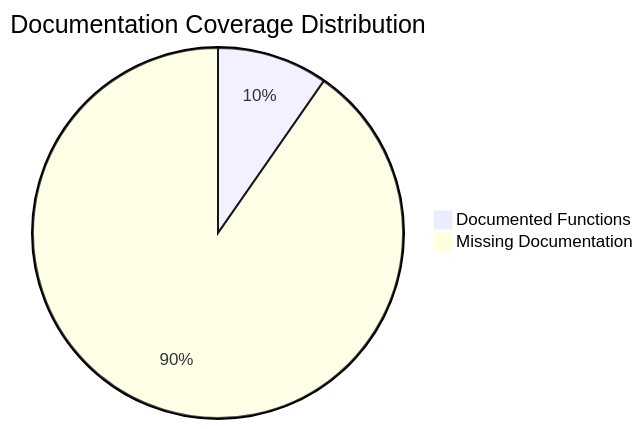
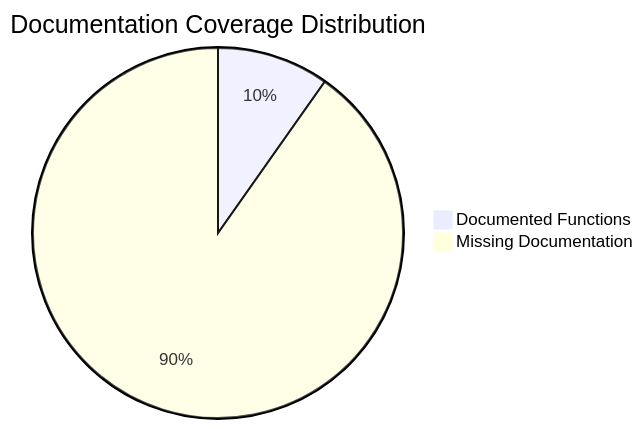
Before and after one commit to Spitfire-Products/Arkival-V4: the fourth of 4 diagrams in ARCHITECTURE_DIAGRAM.md, drawn with Mermaid. The commit also changed other lines of this file and 16 other files, not shown here.

````diff
--- a/ARCHITECTURE_DIAGRAM.md
+++ b/ARCHITECTURE_DIAGRAM.md
@@ -102,5 +103,5 @@
 ```mermaid
 pie title Documentation Coverage Distribution
-    "Documented Functions" : 60
-    "Missing Documentation" : 560
+    "Documented Functions" : 61
+    "Missing Documentation" : 563
 ```
````
